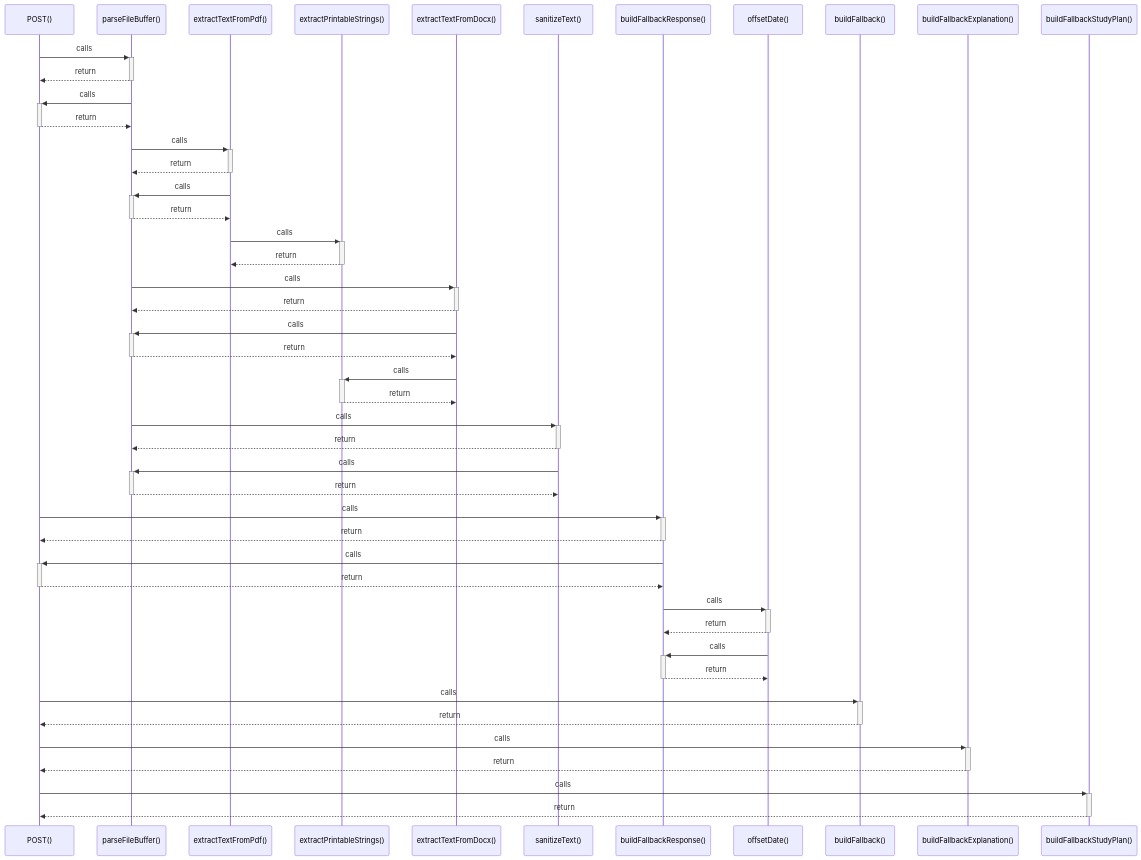
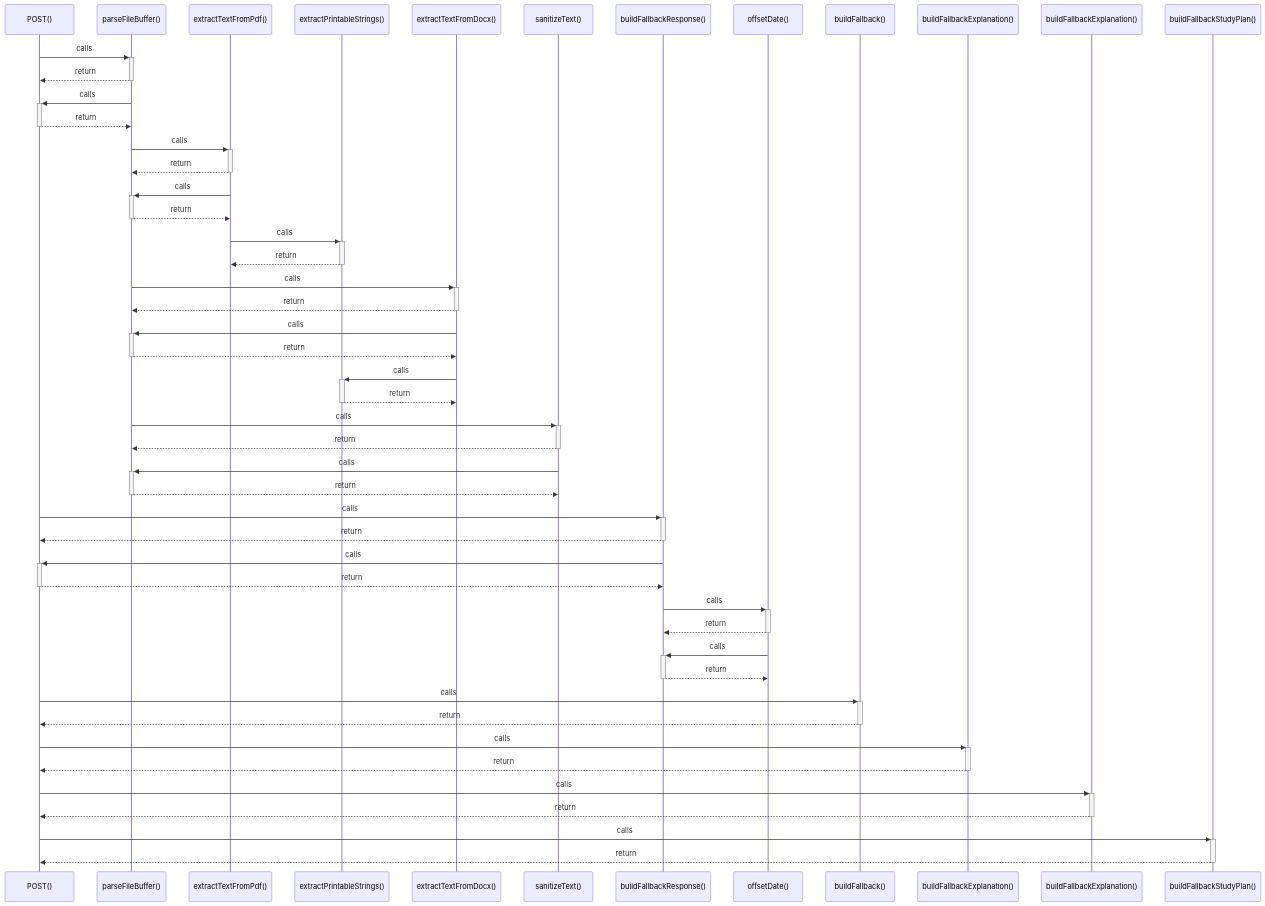
One commit to Exselsa/studysync-ai changed the diagram in src/graphify-out/wiki/POST().md. Above: the diagram before and after it, drawn with Mermaid. The commit also changed other lines of this file and 30 other files, not shown here.

````diff
--- a/src/graphify-out/wiki/POST().md
+++ b/src/graphify-out/wiki/POST().md
@@ -7,48 +7,51 @@
 ```mermaid
 sequenceDiagram
     participant P0 as POST()
     participant P1 as parseFileBuffer()
     participant P2 as extractTextFromPdf()
     participant P3 as extractPrintableStrings()
     participant P4 as extractTextFromDocx()
     participant P5 as sanitizeText()
     participant P6 as buildFallbackResponse()
     participant P7 as offsetDate()
     participant P8 as buildFallback()
     participant P9 as buildFallbackExplanation()
-    participant P10 as buildFallbackStudyPlan()
+    participant P10 as buildFallbackExplanation()
+    participant P11 as buildFallbackStudyPlan()
     P0->>+ P1: calls
     P1-->>- P0: return
     P1->>+ P0: calls
     P0-->>- P1: return
     P1->>+ P2: calls
     P2-->>- P1: return
     P2->>+ P1: calls
     P1-->>- P2: return
     P2->>+ P3: calls
     P3-->>- P2: return
     P1->>+ P4: calls
     P4-->>- P1: return
     P4->>+ P1: calls
     P1-->>- P4: return
     P4->>+ P3: calls
     P3-->>- P4: return
     P1->>+ P5: calls
     P5-->>- P1: return
     P5->>+ P1: calls
     P1-->>- P5: return
     P0->>+ P6: calls
     P6-->>- P0: return
     P6->>+ P0: calls
     P0-->>- P6: return
     P6->>+ P7: calls
     P7-->>- P6: return
     P7->>+ P6: calls
     P6-->>- P7: return
     P0->>+ P8: calls
     P8-->>- P0: return
     P0->>+ P9: calls
     P9-->>- P0: return
     P0->>+ P10: calls
     P10-->>- P0: return
+    P0->>+ P11: calls
+    P11-->>- P0: return
 ```
````
